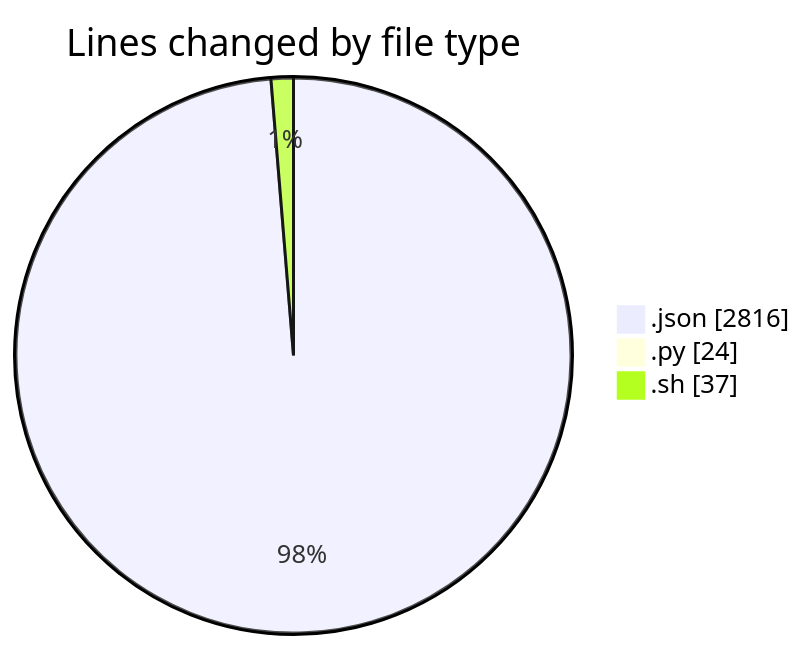
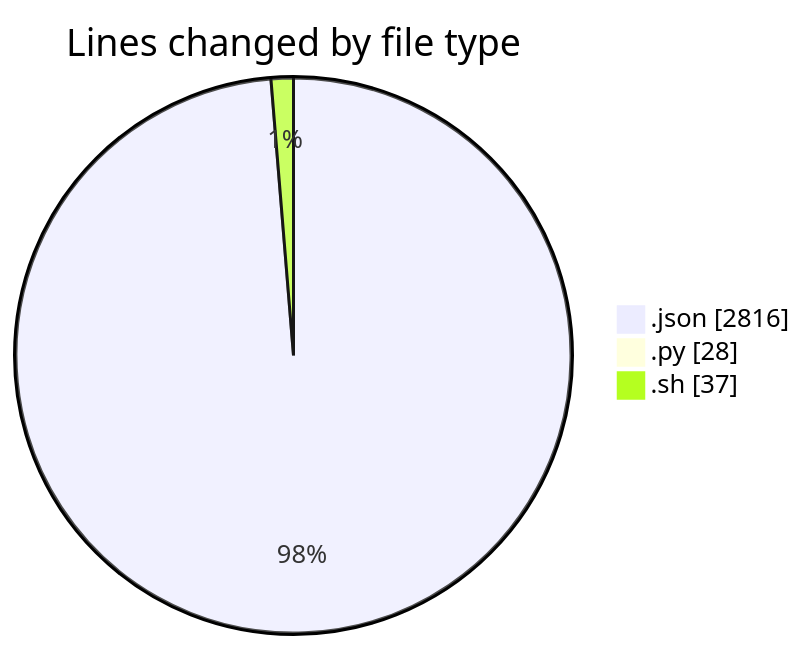
One commit to EIIisD/code-tracking changed the first of 2 diagrams in 2025-08-07/_claude/README.md. Above: the diagram before and after it, drawn with Mermaid. The commit also changed other lines of this file and 1 other file, not shown here.

````diff
--- a/2025-08-07/_claude/README.md
+++ b/2025-08-07/_claude/README.md
@@ -23,7 +23,7 @@
 ```mermaid
 pie showData
 title Lines changed by file type
 ".json" : 2816
-".py" : 24
+".py" : 28
 ".sh" : 37
 ```
````
